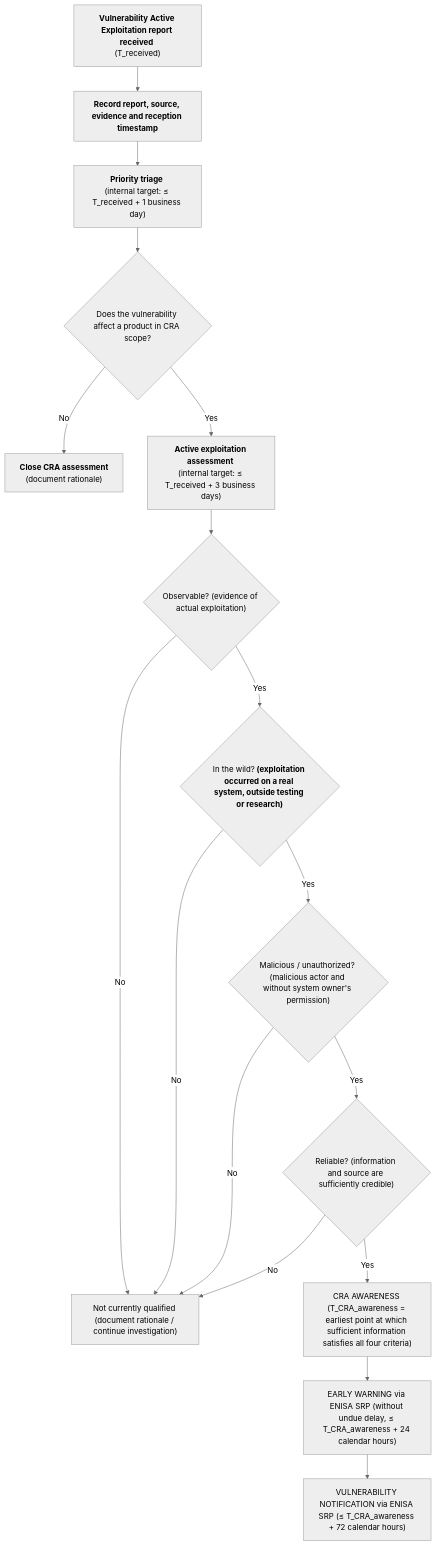
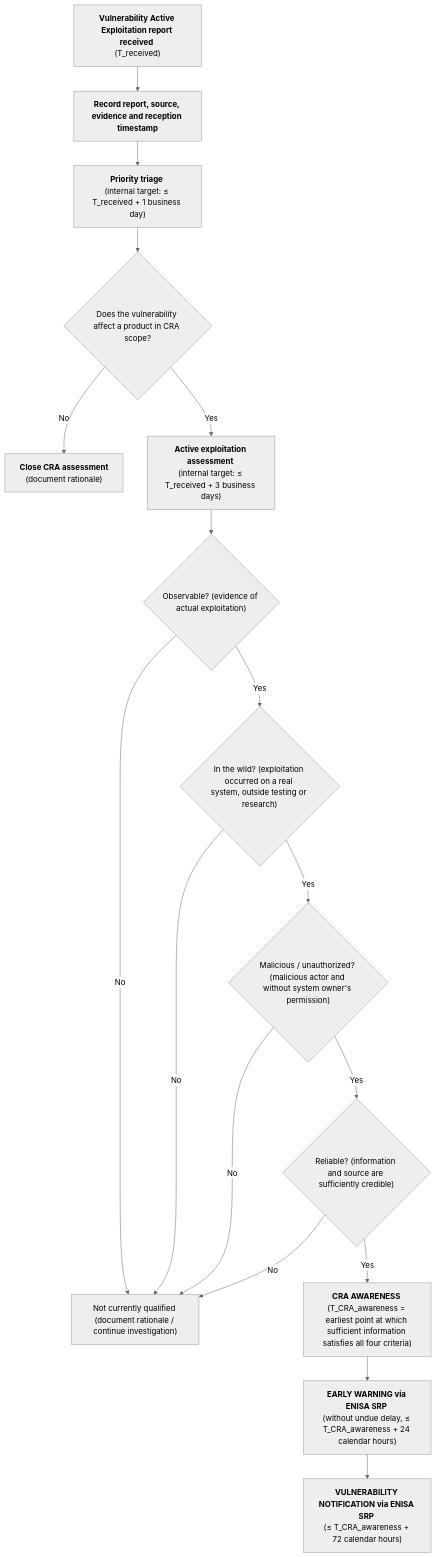
One commit to rfoucard/cra-fast-track changed the diagram in templates/actively-exploited-vulnerability-process.md. Above: the diagram before and after it, drawn with Mermaid (neutral theme).

````diff
--- a/templates/actively-exploited-vulnerability-process.md
+++ b/templates/actively-exploited-vulnerability-process.md
@@ -15,31 +15,31 @@
 ```mermaid
 flowchart TD
 
     A["<strong>Vulnerability Active Exploitation report received</strong> \n(T_received)"] --> B["<strong>Record report, source, evidence and reception timestamp</strong>"]
 
     B --> C["<strong>Priority triage</strong> \n(internal target: ≤ T_received + 1 business day)"]
 
     C --> D{"Does the vulnerability affect a product in CRA scope?"}
 
     D -- "No" --> X["<strong>Close CRA assessment</strong> \n(document rationale)"]
 
     D -- "Yes" --> E["<strong>Active exploitation assessment</strong> \n(internal target: ≤ T_received + 3 business days)"]
 
     E --> F{"Observable? (evidence of actual exploitation)"}
 
     F -- "No" --> Y["Not currently qualified (document rationale / continue investigation)"]
-    F -- "Yes" --> G{"In the wild?<strong> (exploitation occurred on a real system, outside testing or research)"}
+    F -- "Yes" --> G{"In the wild? (exploitation occurred on a real system, outside testing or research)"}
 
     G -- "No" --> Y
     G -- "Yes" --> H{"Malicious / unauthorized? (malicious actor and without system owner's permission)"}
 
     H -- "No" --> Y
     H -- "Yes" --> I{"Reliable? (information and source are sufficiently credible)"}
 
     I -- "No" --> Y
-    I -- "Yes" --> L["CRA AWARENESS (T_CRA_awareness = earliest point at which sufficient information satisfies all four criteria)"]
+    I -- "Yes" --> L["<strong>CRA AWARENESS</strong> \n(T_CRA_awareness = earliest point at which sufficient information satisfies all four criteria)"]
 
-    L --> M["EARLY WARNING via ENISA SRP (without undue delay, ≤ T_CRA_awareness + 24 calendar hours)"]
+    L --> M["<strong>EARLY WARNING via ENISA SRP</strong> \n(without undue delay, ≤ T_CRA_awareness + 24 calendar hours)"]
 
-    M --> N["VULNERABILITY NOTIFICATION via ENISA SRP (≤ T_CRA_awareness + 72 calendar hours)"]
+    M --> N["<strong>VULNERABILITY NOTIFICATION via ENISA SRP</strong> \n(≤ T_CRA_awareness + 72 calendar hours)"]
 ```
````
